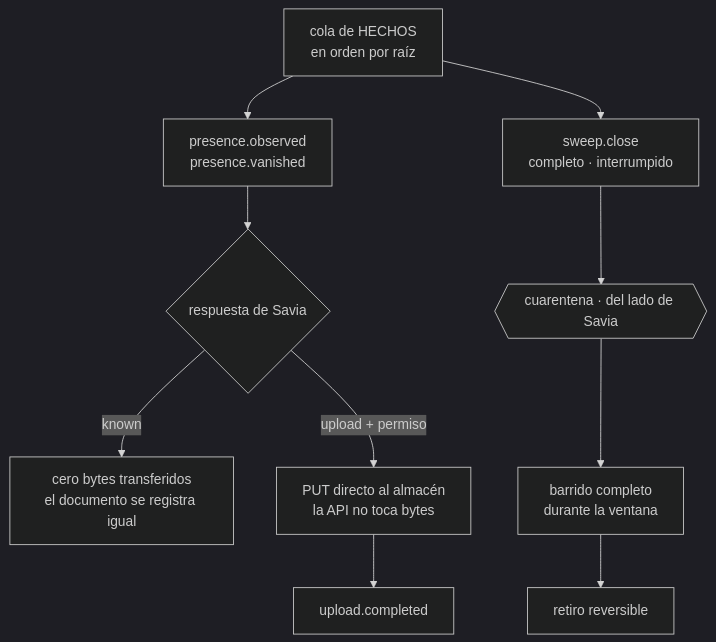
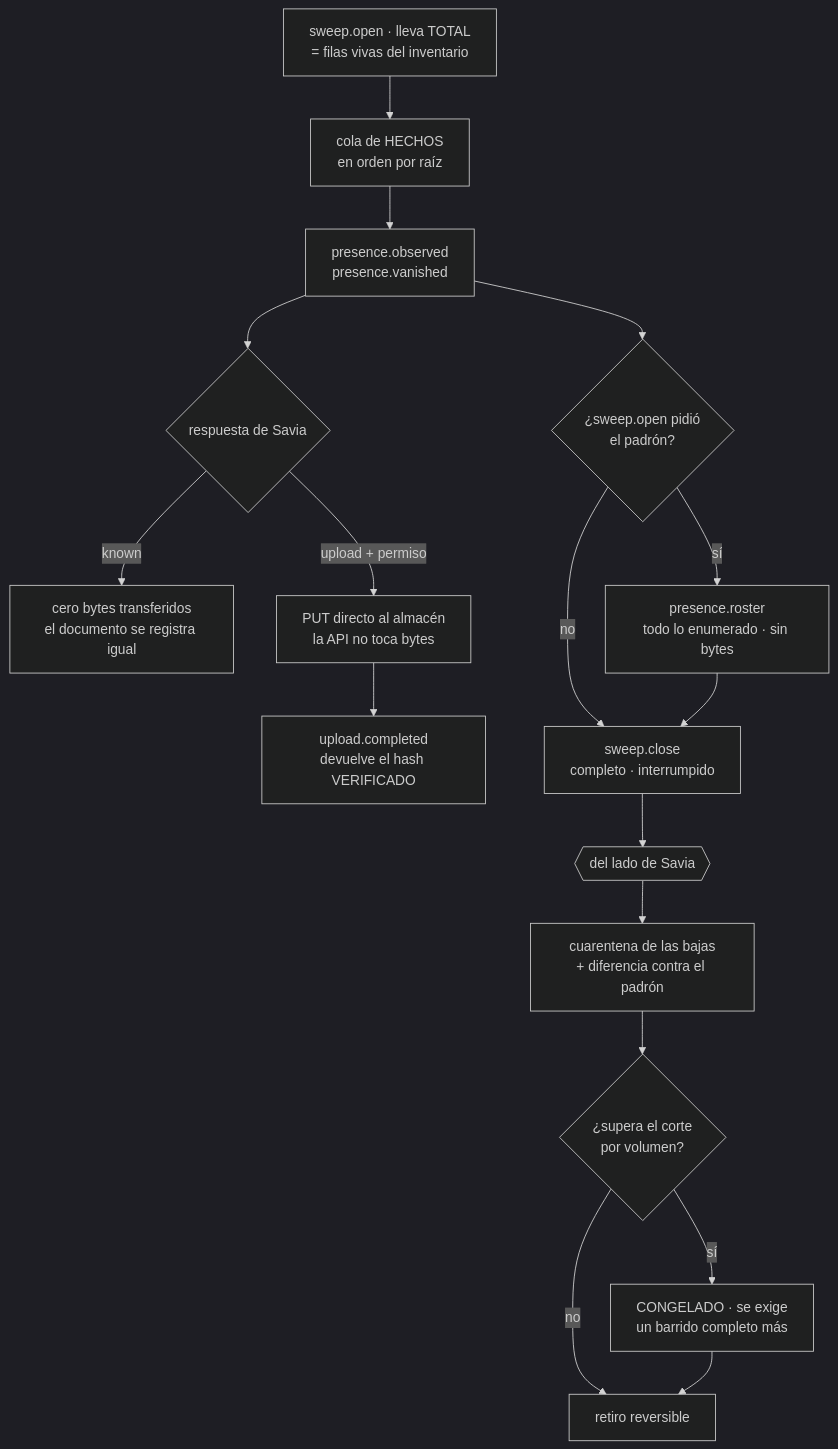
Before and after one commit to eormeno12/savia-os: the second of 2 diagrams in docs/product/savia-b2b/borrador-agente-carpeta.md, drawn with Mermaid (dark theme). The commit also changed other lines of this file and 4 other files, not shown here.

````diff
--- a/docs/product/savia-b2b/borrador-agente-carpeta.md
+++ b/docs/product/savia-b2b/borrador-agente-carpeta.md
@@ -245,12 +351,21 @@
 ```mermaid
 flowchart TD
+    OPEN[sweep.open · lleva TOTAL<br/>= filas vivas del inventario] --> COLA
     COLA[cola de HECHOS<br/>en orden por raíz] --> OBS[presence.observed<br/>presence.vanished]
     OBS --> DEC{respuesta de Savia}
     DEC -->|known| NONE[cero bytes transferidos<br/>el documento se registra igual]
     DEC -->|upload + permiso| PUT[PUT directo al almacén<br/>la API no toca bytes]
-    PUT --> DONE[upload.completed]
-    COLA --> CLOSE[sweep.close<br/>completo · interrumpido]
-    CLOSE --> CUAR{{cuarentena · del lado de Savia}}
-    CUAR --> PROBE[barrido completo<br/>durante la ventana]
-    PROBE --> RET[retiro reversible]
+    PUT --> DONE[upload.completed<br/>devuelve el hash VERIFICADO]
+
+    OBS --> PIDIO{¿sweep.open pidió<br/>el padrón?}
+    PIDIO -->|sí| PAD[presence.roster<br/>todo lo enumerado · sin bytes]
+    PIDIO -->|no| CLOSE
+    PAD --> CLOSE
+
+    CLOSE[sweep.close<br/>completo · interrumpido] --> SAVIA{{del lado de Savia}}
+    SAVIA --> CUAR[cuarentena de las bajas<br/>+ diferencia contra el padrón]
+    CUAR --> CORTE{¿supera el corte<br/>por volumen?}
+    CORTE -->|sí| CONG[CONGELADO · se exige<br/>un barrido completo más]
+    CORTE -->|no| RET[retiro reversible]
+    CONG --> RET
 ```
````
